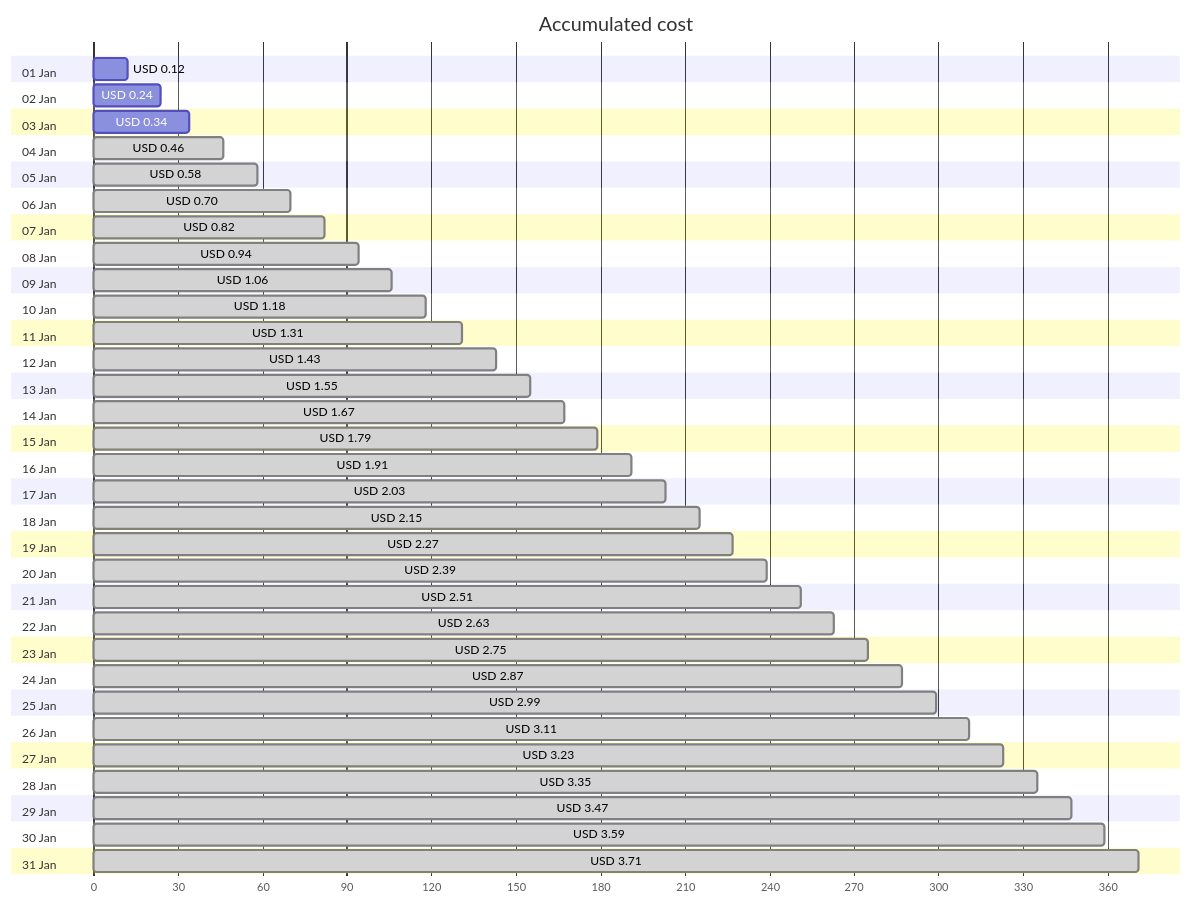
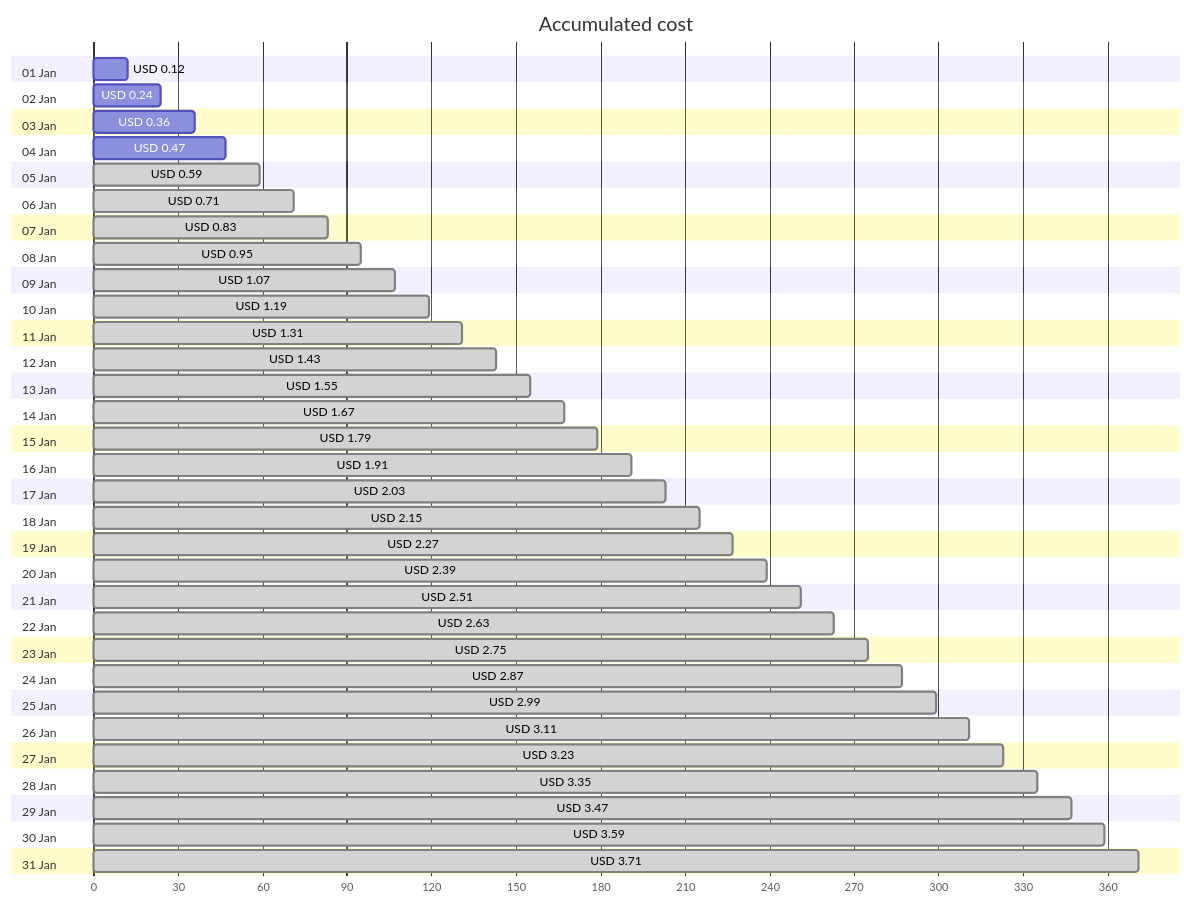
Before and after one commit to jpfulton/azure-personal-reports: the first of 4 diagrams in cost-reports/personal-network/backup-server-public-ip.md, drawn with Mermaid. The commit also changed other lines of this file and 8 other files, not shown here.

````diff
--- a/cost-reports/personal-network/backup-server-public-ip.md
+++ b/cost-reports/personal-network/backup-server-public-ip.md
@@ -20,68 +20,68 @@
 ```mermaid
 gantt
    title Accumulated cost
    dateFormat  X
    axisFormat %s
    section 01 Jan
    USD 0.12 :0, 12
    section 02 Jan
    USD 0.24 :0, 24
    section 03 Jan
-   USD 0.34 :0, 34
+   USD 0.36 :0, 36
    section 04 Jan
-   USD 0.46 : done, 0, 46
+   USD 0.47 :0, 47
    section 05 Jan
-   USD 0.58 : done, 0, 58
+   USD 0.59 : done, 0, 59
    section 06 Jan
-   USD 0.70 : done, 0, 70
+   USD 0.71 : done, 0, 71
    section 07 Jan
-   USD 0.82 : done, 0, 82
+   USD 0.83 : done, 0, 83
    section 08 Jan
-   USD 0.94 : done, 0, 94
+   USD 0.95 : done, 0, 95
    section 09 Jan
-   USD 1.06 : done, 0, 106
+   USD 1.07 : done, 0, 107
    section 10 Jan
-   USD 1.18 : done, 0, 118
+   USD 1.19 : done, 0, 119
    section 11 Jan
    USD 1.31 : done, 0, 131
    section 12 Jan
    USD 1.43 : done, 0, 143
    section 13 Jan
    USD 1.55 : done, 0, 155
    section 14 Jan
    USD 1.67 : done, 0, 167
    section 15 Jan
    USD 1.79 : done, 0, 179
    section 16 Jan
    USD 1.91 : done, 0, 191
    section 17 Jan
    USD 2.03 : done, 0, 203
    section 18 Jan
    USD 2.15 : done, 0, 215
    section 19 Jan
    USD 2.27 : done, 0, 227
    section 20 Jan
    USD 2.39 : done, 0, 239
    section 21 Jan
    USD 2.51 : done, 0, 251
    section 22 Jan
    USD 2.63 : done, 0, 263
    section 23 Jan
    USD 2.75 : done, 0, 275
    section 24 Jan
    USD 2.87 : done, 0, 287
    section 25 Jan
    USD 2.99 : done, 0, 299
    section 26 Jan
    USD 3.11 : done, 0, 311
    section 27 Jan
    USD 3.23 : done, 0, 323
    section 28 Jan
    USD 3.35 : done, 0, 335
    section 29 Jan
    USD 3.47 : done, 0, 347
    section 30 Jan
    USD 3.59 : done, 0, 359
    section 31 Jan
    USD 3.71 : done, 0, 371
 ```
````
